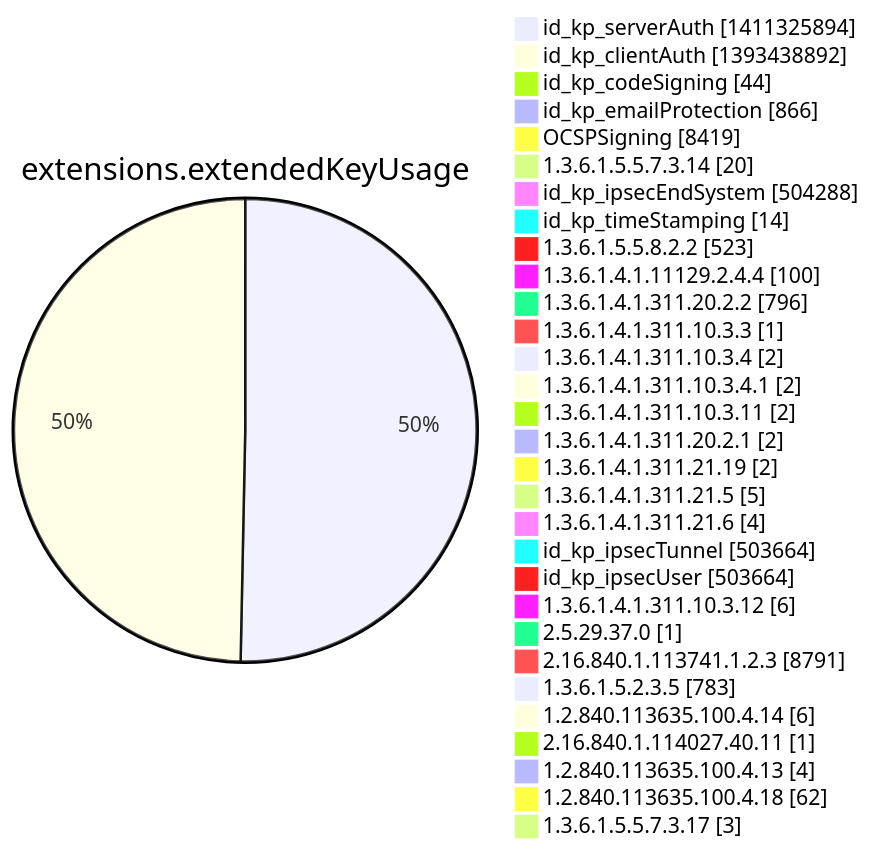
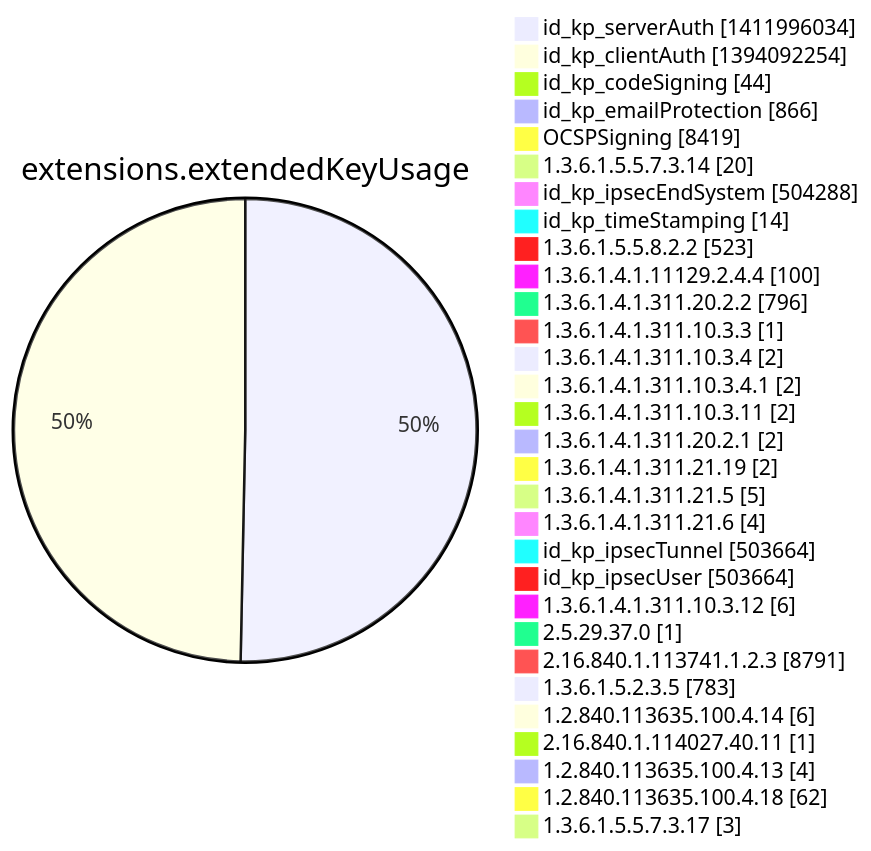
One commit to christiankrug/ctmonitor_visualization changed diagram 12 of 15 in argon2022/README.md. Above: the diagram before and after it, drawn with Mermaid. The commit also changed other lines of this file, not shown here.

````diff
--- a/argon2022/README.md
+++ b/argon2022/README.md
@@ -3554,34 +3554,34 @@
 ```mermaid
 pie showData
 title extensions.extendedKeyUsage
-"id_kp_serverAuth" :1411325894
-"id_kp_clientAuth" :1393438892
+"id_kp_serverAuth" :1411996034
+"id_kp_clientAuth" :1394092254
 "id_kp_codeSigning" :44
 "id_kp_emailProtection" :866
 "OCSPSigning" :8419
 "1.3.6.1.5.5.7.3.14" :20
 "id_kp_ipsecEndSystem" :504288
 "id_kp_timeStamping" :14
 "1.3.6.1.5.5.8.2.2" :523
 "1.3.6.1.4.1.11129.2.4.4" :100
 "1.3.6.1.4.1.311.20.2.2" :796
 "1.3.6.1.4.1.311.10.3.3" :1
 "1.3.6.1.4.1.311.10.3.4" :2
 "1.3.6.1.4.1.311.10.3.4.1" :2
 "1.3.6.1.4.1.311.10.3.11" :2
 "1.3.6.1.4.1.311.20.2.1" :2
 "1.3.6.1.4.1.311.21.19" :2
 "1.3.6.1.4.1.311.21.5" :5
 "1.3.6.1.4.1.311.21.6" :4
 "id_kp_ipsecTunnel" :503664
 "id_kp_ipsecUser" :503664
 "1.3.6.1.4.1.311.10.3.12" :6
 "2.5.29.37.0" :1
 "2.16.840.1.113741.1.2.3" :8791
 "1.3.6.1.5.2.3.5" :783
 "1.2.840.113635.100.4.14" :6
 "2.16.840.1.114027.40.11" :1
 "1.2.840.113635.100.4.13" :4
 "1.2.840.113635.100.4.18" :62
 "1.3.6.1.5.5.7.3.17" :3
 ```
````
